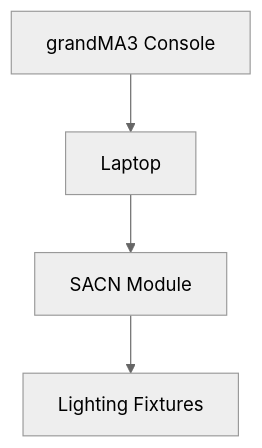
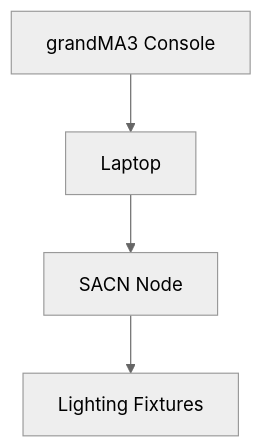
Before and after one commit to gio0oO/EGL314_Team-F_Project-Repository: the diagram in grandMA3/README.md, drawn with Mermaid (neutral theme). The commit also changed other lines of this file, not shown here.

````diff
--- a/grandMA3/README.md
+++ b/grandMA3/README.md
@@ -14,6 +14,6 @@
 ```mermaid
 graph TD;
 B[grandMA3 Console]-->A[Laptop]
-A-->C[SACN Module]
+A-->C[SACN Node]
 C-->D[Lighting Fixtures]
 ```
````
